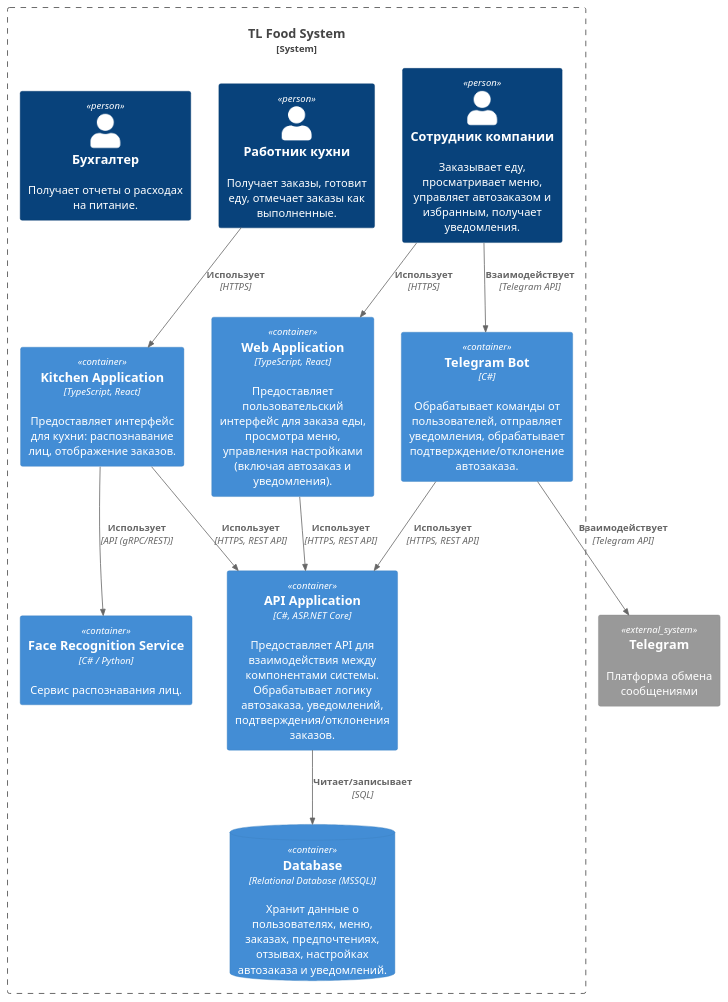
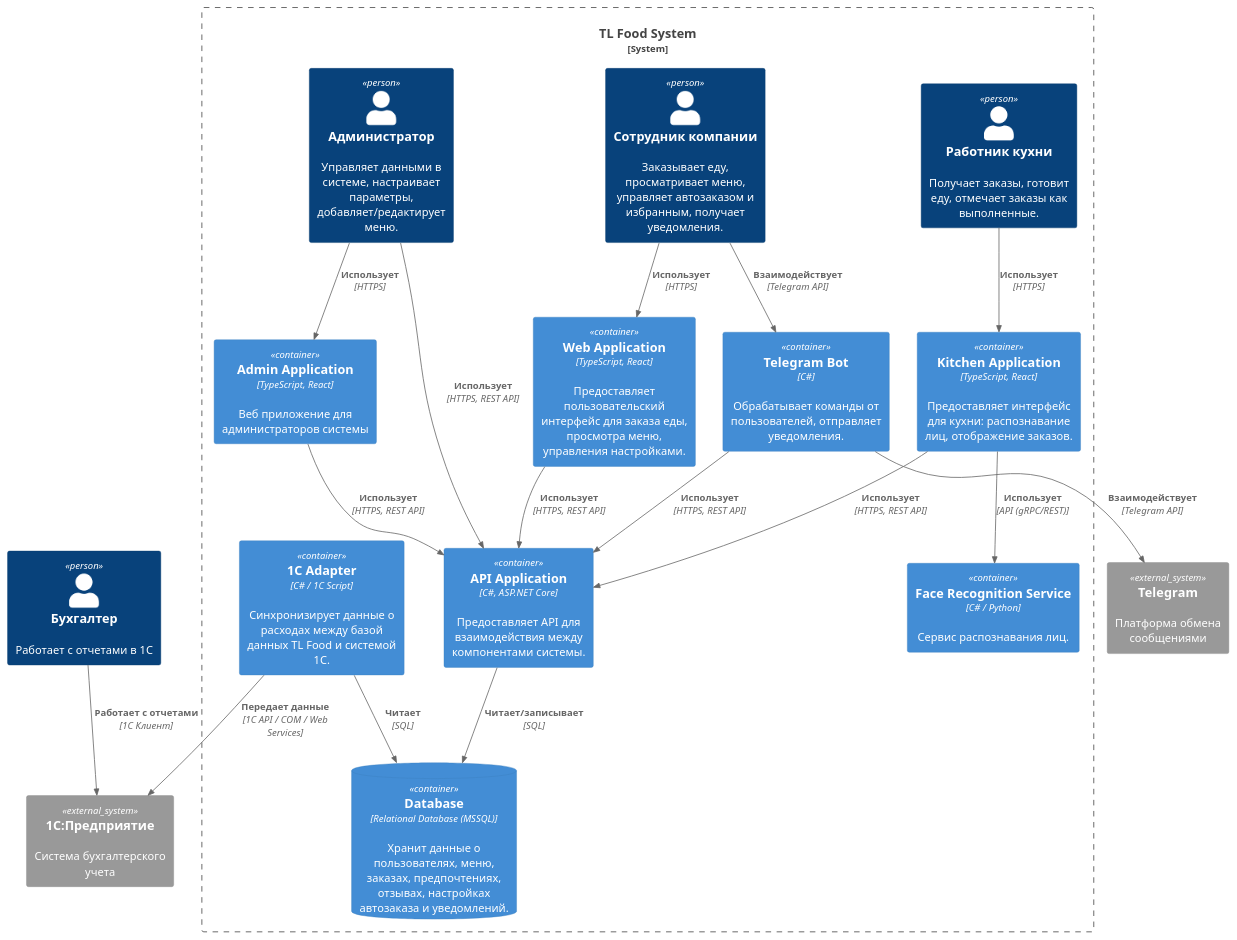
Before and after one commit to GornikMaria/SoftwareProjectManagement: the diagram in C4/Container C4.md, drawn with PlantUML. The commit also changed other lines of this file and 7 other files, not shown here.

````diff
--- a/C4/Container C4.md
+++ b/C4/Container C4.md
@@ -21,41 +3,49 @@
 ```plantuml
 @startuml
 !include <c4/C4_Container>
 
+Person(accountant, "Бухгалтер", "Работает с отчетами в 1С")  
+System_Ext(one_c, "1С:Предприятие", "Система бухгалтерского учета")
+Rel(accountant, one_c, "Работает с отчетами", "1С Клиент")
+
 System_Boundary(c1, "TL Food System") {
     Person(user, "Сотрудник компании", "Заказывает еду, просматривает меню, управляет автозаказом и избранным, получает уведомления.")
     Person(cook, "Работник кухни", "Получает заказы, готовит еду, отмечает заказы как выполненные.")
-    Person(accountant, "Бухгалтер", "Получает отчеты о расходах на питание.")
+    Person(admin, "Администратор", "Управляет данными в системе, настраивает параметры, добавляет/редактирует меню.")
 
     ContainerDb(database, "Database", "Relational Database (MSSQL)", "Хранит данные о пользователях, меню, заказах, предпочтениях, отзывах, настройках автозаказа и уведомлений.")
 
-    Container(web_app, "Web Application", "TypeScript, React", "Предоставляет пользовательский интерфейс для заказа еды, просмотра меню, управления настройками (включая автозаказ и уведомления).")
+    Container(web_app, "Web Application", "TypeScript, React", "Предоставляет пользовательский интерфейс для заказа еды, просмотра меню, управления настройками.")
     Rel(user, web_app, "Использует", "HTTPS")
 
     Container(kitchen_app, "Kitchen Application", "TypeScript, React", "Предоставляет интерфейс для кухни: распознавание лиц, отображение заказов.")
     Rel(cook, kitchen_app, "Использует", "HTTPS")
 
-    Container(tg_bot, "Telegram Bot", "C#", "Обрабатывает команды от пользователей, отправляет уведомления, обрабатывает подтверждение/отклонение автозаказа.")
+    Container(tg_bot, "Telegram Bot", "C#", "Обрабатывает команды от пользователей, отправляет уведомления.")
     Rel(user, tg_bot, "Взаимодействует", "Telegram API")
 
-    Container(api, "API Application", "C#, ASP.NET Core", "Предоставляет API для взаимодействия между компонентами системы. Обрабатывает логику автозаказа, уведомлений, подтверждения/отклонения заказов.")
+    Container(api, "API Application", "C#, ASP.NET Core", "Предоставляет API для взаимодействия между компонентами системы.")
     Rel(web_app, api, "Использует", "HTTPS, REST API")
     Rel(kitchen_app, api, "Использует", "HTTPS, REST API")
     Rel(tg_bot, api, "Использует", "HTTPS, REST API")
+    Rel(admin, api, "Использует", "HTTPS, REST API")
 
     Rel(api, database, "Читает/записывает", "SQL")
 
     Container(face_recognition, "Face Recognition Service", "C# / Python", "Сервис распознавания лиц.")
     Rel(kitchen_app, face_recognition, "Использует", "API (gRPC/REST)")
 
-    ' Опционально: Сервис уведомлений (если будет выделен в отдельный микросервис)
-    ' Container(notification_service, "Notification Service", "C# / Node.js", "Отвечает за отправку уведомлений пользователям (через Telegram и, возможно, другие каналы).")
-    ' Rel(api, notification_service, "Использует", "API (Message Queue)")
-    ' Rel(notification_service, telegram, "Отправляет уведомления", "Telegram API")
+    Container(adapter_1c, "1C Adapter", "C# / 1C Script", "Синхронизирует данные о расходах между базой данных TL Food и системой 1С.")
+    Rel(adapter_1c, database, "Читает", "SQL")
+    Rel(adapter_1c, one_c, "Передает данные", "1C API / COM / Web Services")
+
+    Container(admin_app, "Admin Application", "TypeScript, React", "Веб приложение для администраторов системы")
+    Rel(admin, admin_app, "Использует", "HTTPS")
+    Rel(admin_app, api, "Использует", "HTTPS, REST API")
 }
 
 System_Ext(telegram, "Telegram", "Платформа обмена сообщениями")
 Rel(tg_bot, telegram, "Взаимодействует", "Telegram API")
 
 @enduml
 ```
````
